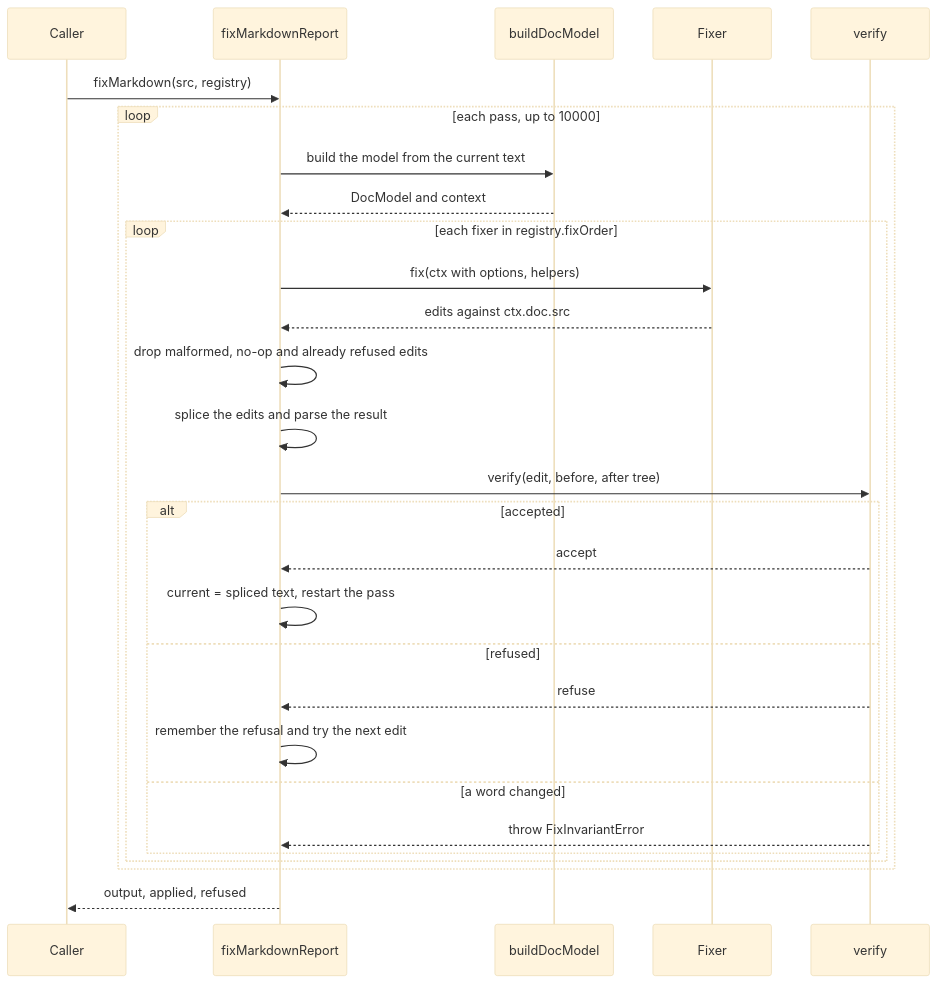
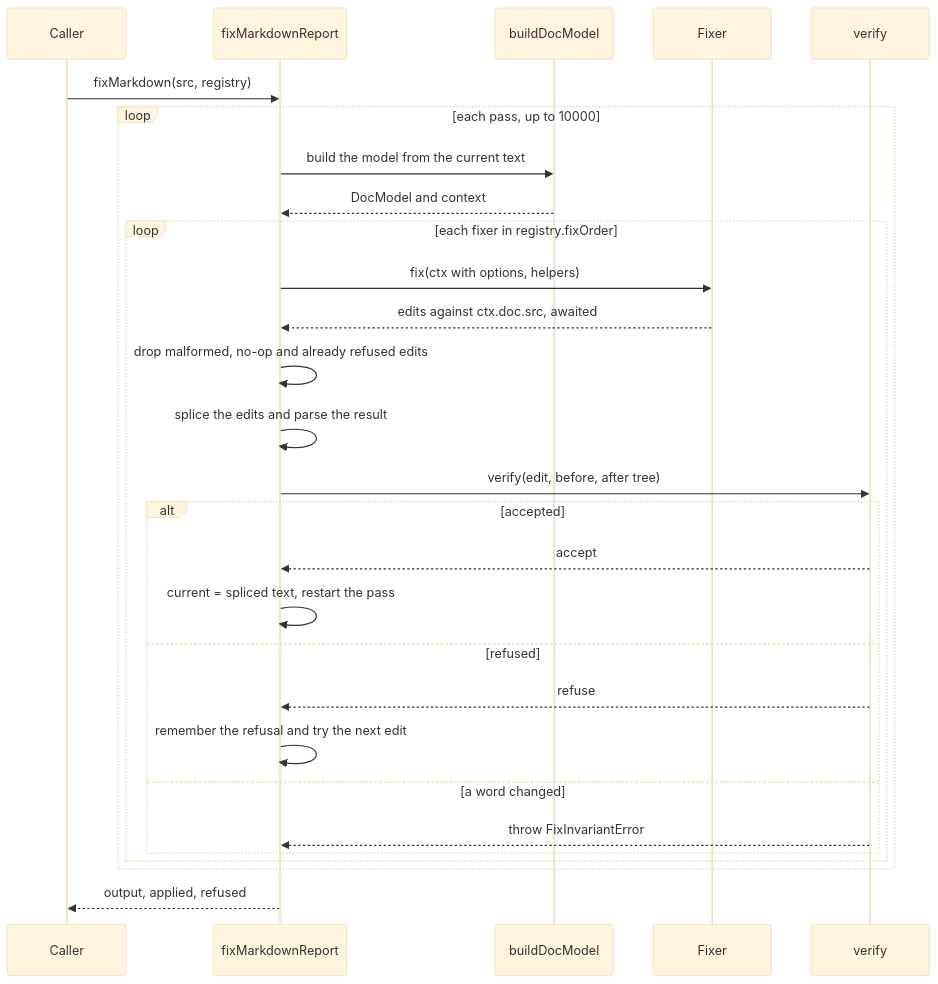
One commit to jpeakai/jpai-prose-gates changed the fifth of 7 diagrams in docs/engines.md. Above: the diagram before and after it, drawn with Mermaid (base theme). The commit also changed other lines of this file and 39 other files, not shown here.

````diff
--- a/docs/engines.md
+++ b/docs/engines.md
@@ -247,30 +251,30 @@
 ```mermaid
 sequenceDiagram
     participant C as Caller
     participant E as fixMarkdownReport
     participant M as buildDocModel
     participant F as Fixer
     participant V as verify
     C->>E: fixMarkdown(src, registry)
     loop each pass, up to 10000
         E->>M: build the model from the current text
         M-->>E: DocModel and context
         loop each fixer in registry.fixOrder
             E->>F: fix(ctx with options, helpers)
-            F-->>E: edits against ctx.doc.src
+            F-->>E: edits against ctx.doc.src, awaited
             E->>E: drop malformed, no-op and already refused edits
             E->>E: splice the edits and parse the result
             E->>V: verify(edit, before, after tree)
             alt accepted
                 V-->>E: accept
                 E->>E: current = spliced text, restart the pass
             else refused
                 V-->>E: refuse
                 E->>E: remember the refusal and try the next edit
             else a word changed
                 V-->>E: throw FixInvariantError
             end
         end
     end
     E-->>C: output, applied, refused
 ```
````
